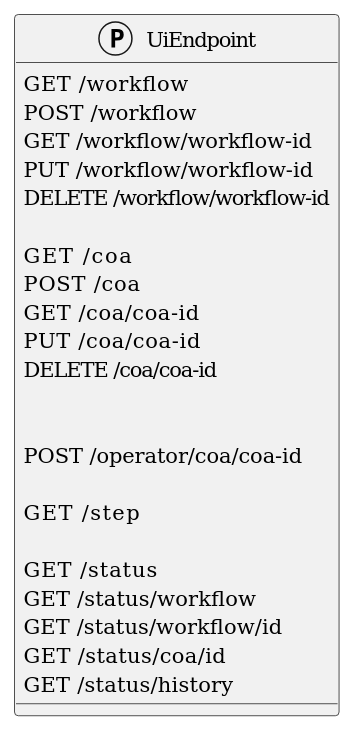
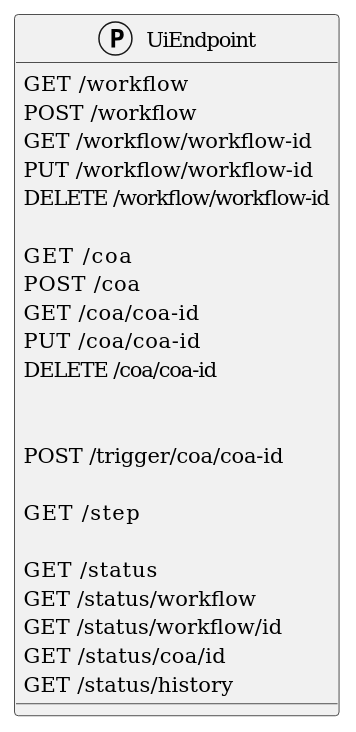
One commit to COSSAS/SOARCA changed the second of 19 diagrams in doc/soarca-api.adoc. Above: the diagram before and after it, drawn with PlantUML. The commit also changed other lines of this file, not shown here.

```diff
--- a/doc/soarca-api.adoc
+++ b/doc/soarca-api.adoc
@@ -56,34 +56,34 @@
 [plantuml, target=soar-ca-classes, format=png]
 ....
 @startuml
 protocol UiEndpoint {
     GET     /workflow
     POST    /workflow
     GET     /workflow/workflow-id
     PUT     /workflow/workflow-id
     DELETE  /workflow/workflow-id
 
     GET     /coa
     POST    /coa
     GET     /coa/coa-id
     PUT     /coa/coa-id
     DELETE  /coa/coa-id
 
 
-    POST    /operator/coa/coa-id
+    POST    /trigger/coa/coa-id
 
     GET     /step
 
     GET     /status
     GET     /status/workflow
     GET     /status/workflow/id
     GET     /status/coa/id
     GET     /status/history
 
 }
 
 
 
 
 @enduml
 ....
```
